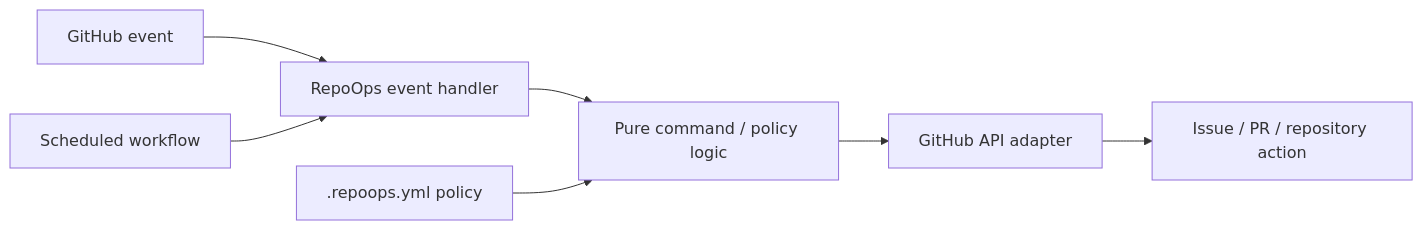
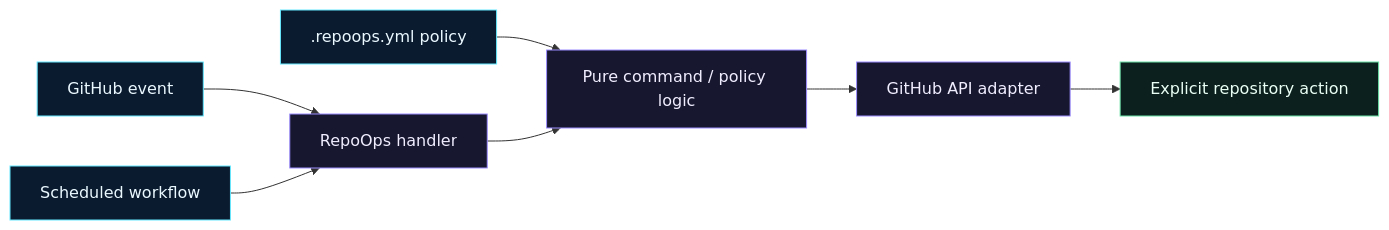
One commit to gODtECH-Ctl-Create/RepoOps changed the diagram in README.md. Above: the diagram before and after it, drawn with Mermaid. The commit also changed other lines of this file and 1 other file, not shown here.

````diff
--- a/README.md
+++ b/README.md
@@ -52,10 +66,16 @@
 ```mermaid
 flowchart LR
-    A[GitHub event] --> B[RepoOps event handler]
+    A[GitHub event] --> B[RepoOps handler]
+    F[Scheduled workflow] --> B
+    G[.repoops.yml policy] --> C
     B --> C[Pure command / policy logic]
     C --> D[GitHub API adapter]
-    D --> E[Issue / PR / repository action]
+    D --> E[Explicit repository action]
 
-    F[Scheduled workflow] --> B
-    G[.repoops.yml policy] --> C
+    classDef source fill:#0b1b2f,stroke:#64e8ff,color:#eaf8ff;
+    classDef decision fill:#17172f,stroke:#9c8cff,color:#f0edff;
+    classDef action fill:#0c211d,stroke:#68e0a5,color:#eafff5;
+    class A,F,G source;
+    class B,C,D decision;
+    class E action;
 ```
````
